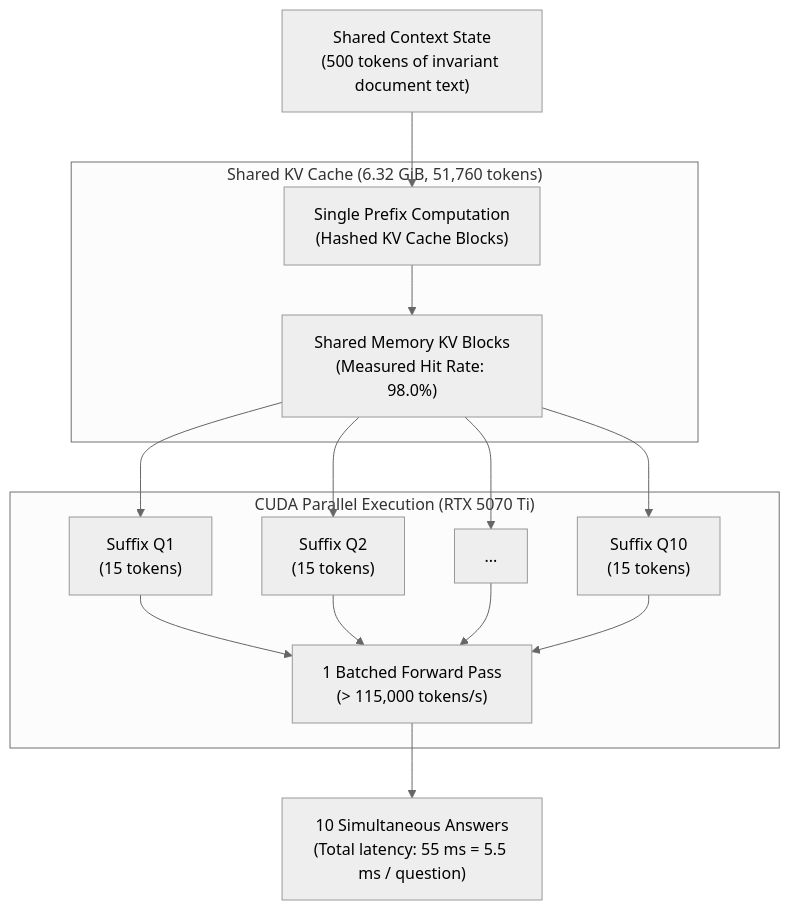
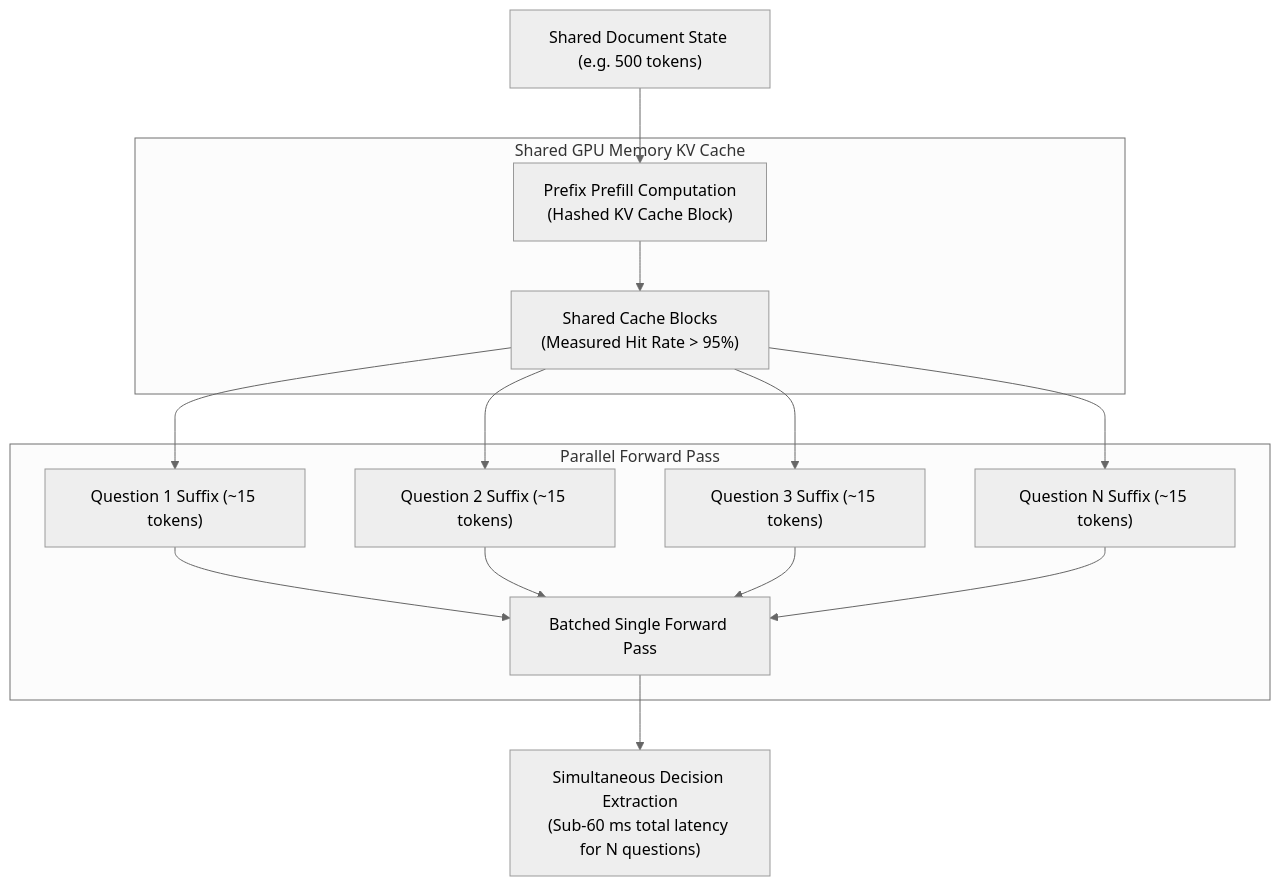
One commit to Okura66/kahn1 changed the sixth of 10 diagrams in architecture.md. Above: the diagram before and after it, drawn with Mermaid (neutral theme). The commit also changed other lines of this file and 4 other files, not shown here.

````diff
--- a/architecture.md
+++ b/architecture.md
@@ -196,22 +203,22 @@
 ```mermaid
 flowchart TD
-    State["Shared Context State\n(500 tokens of invariant document text)"] --> Prefill["Single Prefix Computation\n(Hashed KV Cache Blocks)"]
+    State["Shared Document State (e.g. 500 tokens)"] --> Prefill["Prefix Prefill Computation\n(Hashed KV Cache Block)"]
     
-    subgraph KV_Cache["Shared KV Cache (6.32 GiB, 51,760 tokens)"]
-        Prefill --> CacheBlocks["Shared Memory KV Blocks\n(Measured Hit Rate: 98.0%)"]
+    subgraph KVCache["Shared GPU Memory KV Cache"]
+        Prefill --> CachedBlocks["Shared Cache Blocks\n(Measured Hit Rate > 95%)"]
     end
     
-    CacheBlocks --> Q1["Suffix Q1\n(15 tokens)"]
-    CacheBlocks --> Q2["Suffix Q2\n(15 tokens)"]
-    CacheBlocks --> Qdots["..."]
-    CacheBlocks --> Q10["Suffix Q10\n(15 tokens)"]
+    CachedBlocks --> Q1["Question 1 Suffix (~15 tokens)"]
+    CachedBlocks --> Q2["Question 2 Suffix (~15 tokens)"]
+    CachedBlocks --> Q3["Question 3 Suffix (~15 tokens)"]
+    CachedBlocks --> QN["Question N Suffix (~15 tokens)"]
     
-    subgraph Tensor_Cores["CUDA Parallel Execution (RTX 5070 Ti)"]
-        Q1 --> Fwd["1 Batched Forward Pass\n(> 115,000 tokens/s)"]
+    subgraph ParallelForward["Parallel Forward Pass"]
+        Q1 --> Fwd["Batched Single Forward Pass"]
         Q2 --> Fwd
-        Qdots --> Fwd
-        Q10 --> Fwd
+        Q3 --> Fwd
+        QN --> Fwd
     end
     
-    Fwd --> Out["10 Simultaneous Answers\n(Total latency: 55 ms = 5.5 ms / question)"]
+    Fwd --> Answers["Simultaneous Decision Extraction\n(Sub-60 ms total latency for N questions)"]
 ```
````
